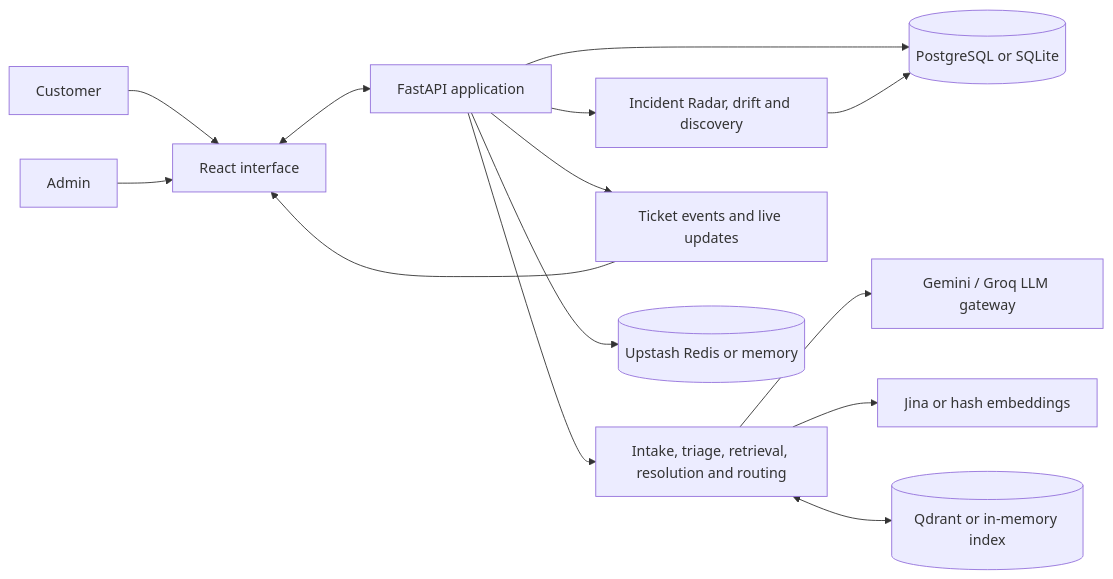
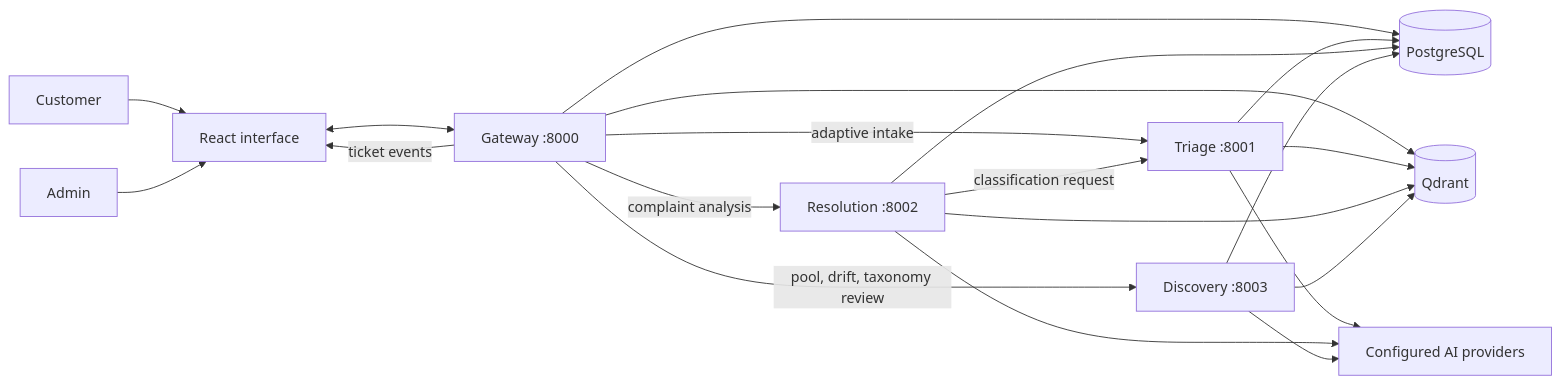
Before and after one commit to JJ1210-spec/telecom-support-resolution-assistant: the diagram in README.md, drawn with Mermaid. The commit also changed other lines of this file, not shown here.

Commit message:
Document Docker Compose microservice architecture

````diff
--- a/README.md
+++ b/README.md
@@ -61,16 +61,22 @@
 ```mermaid
 flowchart LR
   C[Customer] --> UI[React interface]
   A[Admin] --> UI
-  UI <--> API[FastAPI application]
-  API --> DB[(PostgreSQL or SQLite)]
-  API --> PIPE[Intake, triage, retrieval, resolution and routing]
-  PIPE --> LLM[Gemini / Groq LLM gateway]
-  PIPE --> EMB[Jina or hash embeddings]
-  PIPE <--> IDX[(Qdrant or in-memory index)]
-  API --> INS[Incident Radar, drift and discovery]
-  INS --> DB
-  API --> EVT[Ticket events and live updates]
-  EVT --> UI
-  API --> KV[(Upstash Redis or memory)]
+  UI <--> GW[Gateway :8000]
+  GW -->|adaptive intake| T[Triage :8001]
+  GW -->|complaint analysis| R[Resolution :8002]
+  R -->|classification request| T
+  GW -->|pool, drift, taxonomy review| D[Discovery :8003]
+  GW -->|ticket events| UI
+  GW --> PG[(PostgreSQL)]
+  T --> PG
+  R --> PG
+  D --> PG
+  GW --> Q[(Qdrant)]
+  T --> Q
+  R --> Q
+  D --> Q
+  T --> AI[Configured AI providers]
+  R --> AI
+  D --> AI
 ```
````
